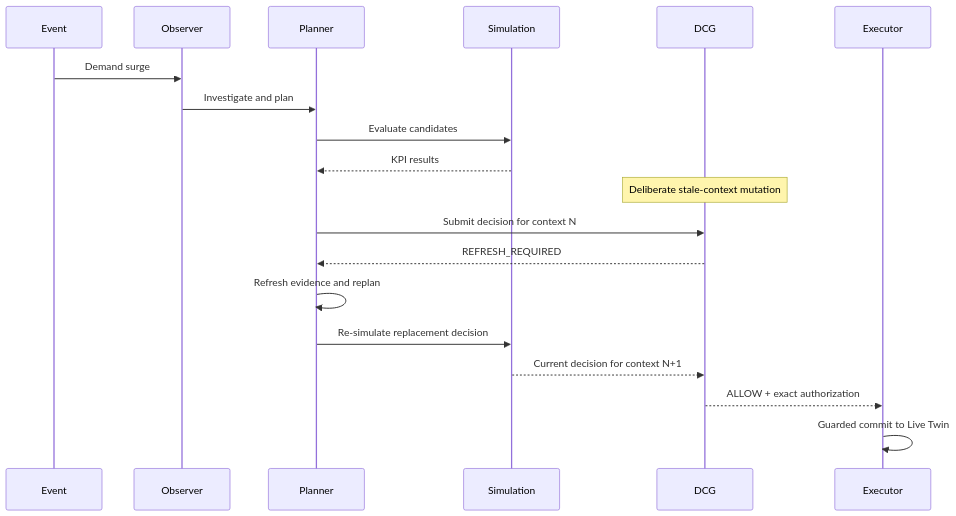
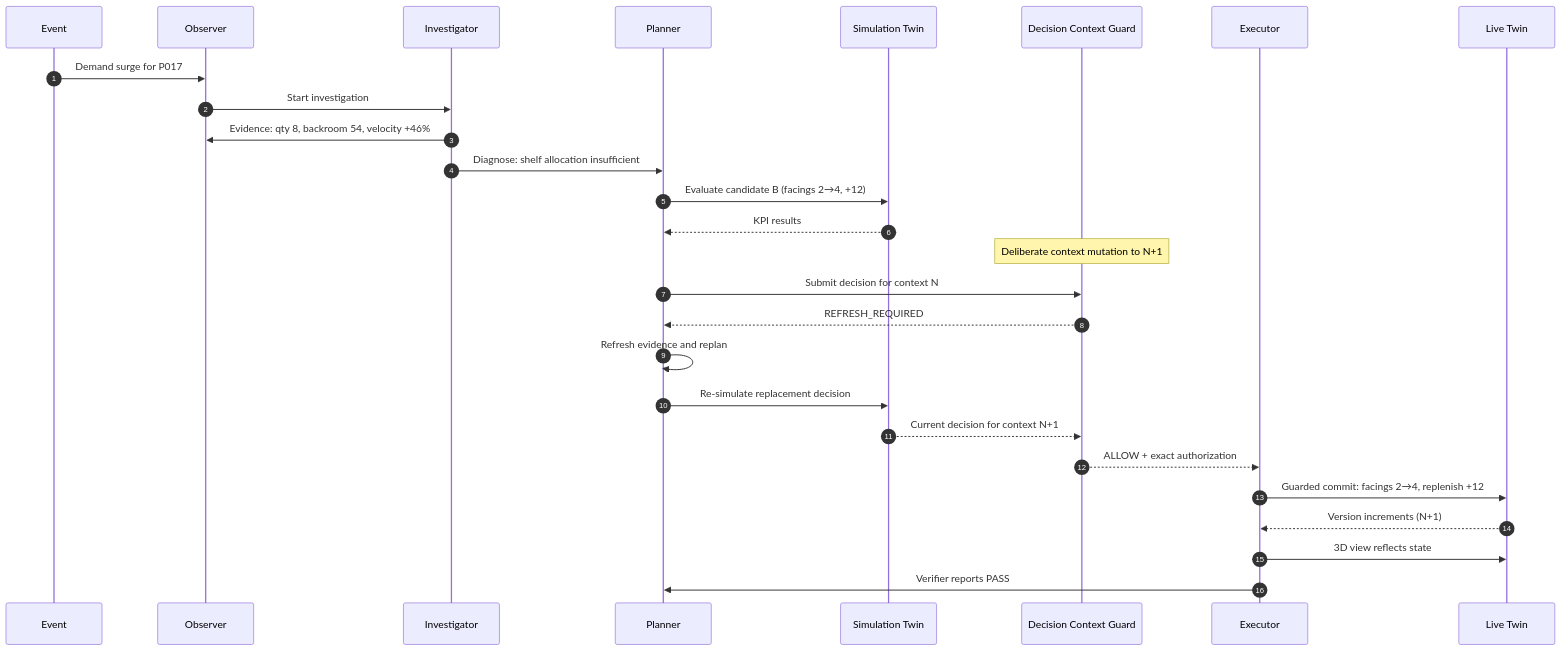
One commit to vinhphan812/retailtwin-ai changed the first of 2 diagrams in docs/DEMO_AND_ACCEPTANCE.md. Above: the diagram before and after it, drawn with Mermaid. The commit also changed other lines of this file and 6 other files, not shown here.

Commit message:
docs: integrate 5 Mermaid diagrams for architecture/acceptance/gates

````diff
--- a/docs/DEMO_AND_ACCEPTANCE.md
+++ b/docs/DEMO_AND_ACCEPTANCE.md
@@ -122,21 +124,30 @@
 ```mermaid
 sequenceDiagram
+  autonumber
   participant E as Event
   participant O as Observer
+  participant I as Investigator
   participant P as Planner
-  participant S as Simulation
-  participant G as DCG
+  participant S as Simulation Twin
+  participant G as Decision Context Guard
   participant X as Executor
-  E->>O: Demand surge
-  O->>P: Investigate and plan
-  P->>S: Evaluate candidates
+  participant L as Live Twin
+
+  E->>O: Demand surge for P017
+  O->>I: Start investigation
+  I->>O: Evidence: qty 8, backroom 54, velocity +46%
+  I->>P: Diagnose: shelf allocation insufficient
+  P->>S: Evaluate candidate B (facings 2→4, +12)
   S-->>P: KPI results
-  Note over G: Deliberate stale-context mutation
+  Note over G: Deliberate context mutation to N+1
   P->>G: Submit decision for context N
   G-->>P: REFRESH_REQUIRED
   P->>P: Refresh evidence and replan
   P->>S: Re-simulate replacement decision
   S-->>G: Current decision for context N+1
   G-->>X: ALLOW + exact authorization
-  X->>X: Guarded commit to Live Twin
+  X->>L: Guarded commit: facings 2→4, replenish +12
+  L-->>X: Version increments (N+1)
+  X->>L: 3D view reflects state
+  X->>P: Verifier reports PASS
 ```
````
